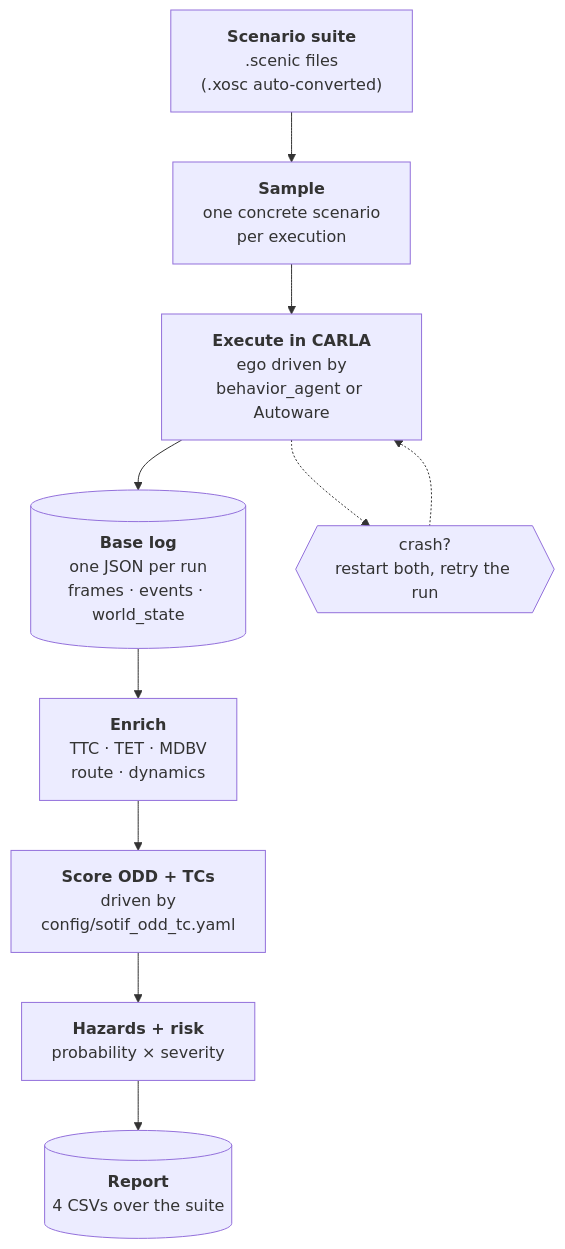
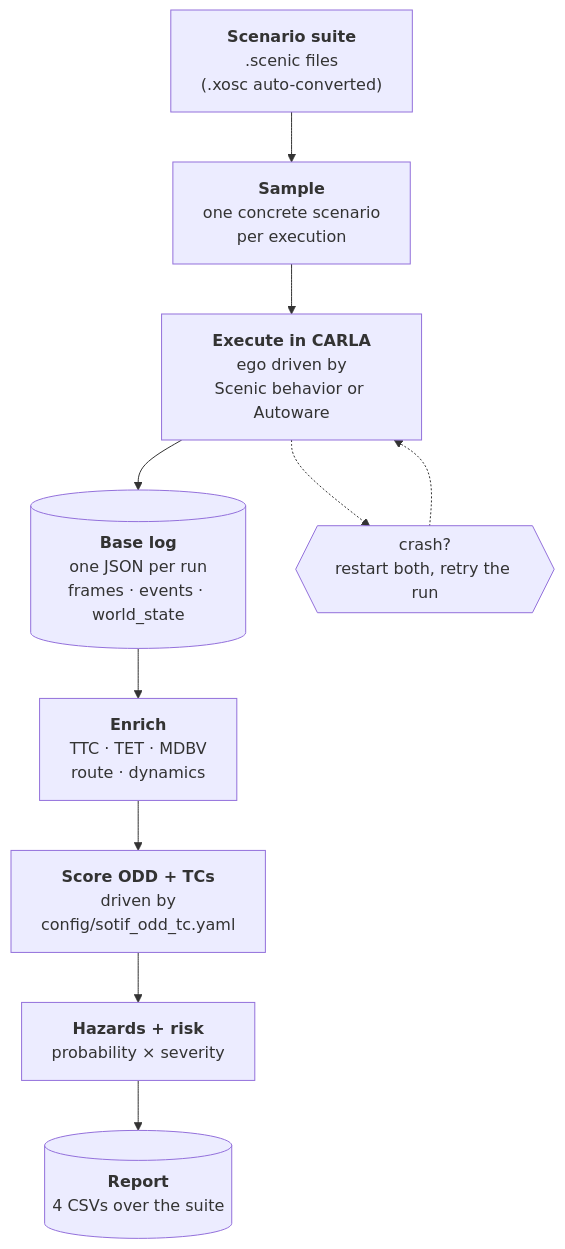
Before and after one commit to AntonioTrovato/SAFE-SCoRE: the diagram in README.md, drawn with Mermaid. The commit also changed other lines of this file and 22 other files, not shown here.

````diff
--- a/README.md
+++ b/README.md
@@ -43,16 +43,16 @@
 ```mermaid
 flowchart TD
     IN["<b>Scenario suite</b><br/>.scenic files<br/>(.xosc auto-converted)"]
     SAMP["<b>Sample</b><br/>one concrete scenario<br/>per execution"]
-    EXEC["<b>Execute in CARLA</b><br/>ego driven by<br/>behavior_agent or Autoware"]
+    EXEC["<b>Execute in CARLA</b><br/>ego driven by<br/>Scenic behavior or Autoware"]
     LOG[("<b>Base log</b><br/>one JSON per run<br/>frames · events · world_state")]
     ENR["<b>Enrich</b><br/>TTC · TET · MDBV<br/>route · dynamics"]
     ODD["<b>Score ODD + TCs</b><br/>driven by<br/>config/sotif_odd_tc.yaml"]
     HAZ["<b>Hazards + risk</b><br/>probability × severity"]
     REP[("<b>Report</b><br/>4 CSVs over the suite")]
     REC{{"crash?<br/>restart both, retry the run"}}
 
     IN --> SAMP --> EXEC --> LOG
     EXEC -.-> REC -.-> EXEC
     LOG --> ENR --> ODD --> HAZ --> REP
 ```
````
